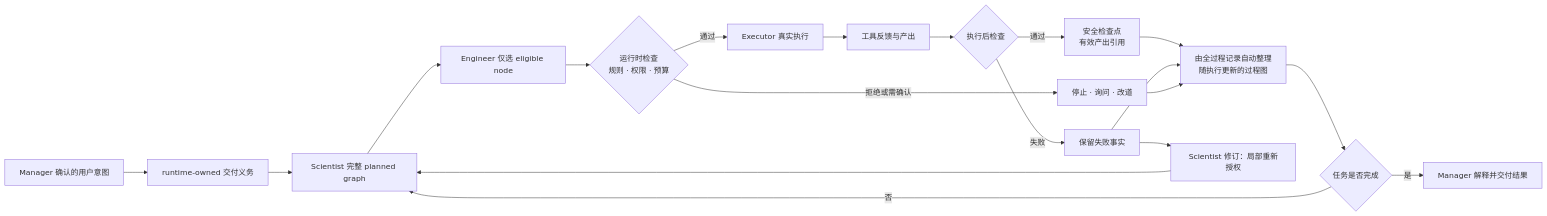
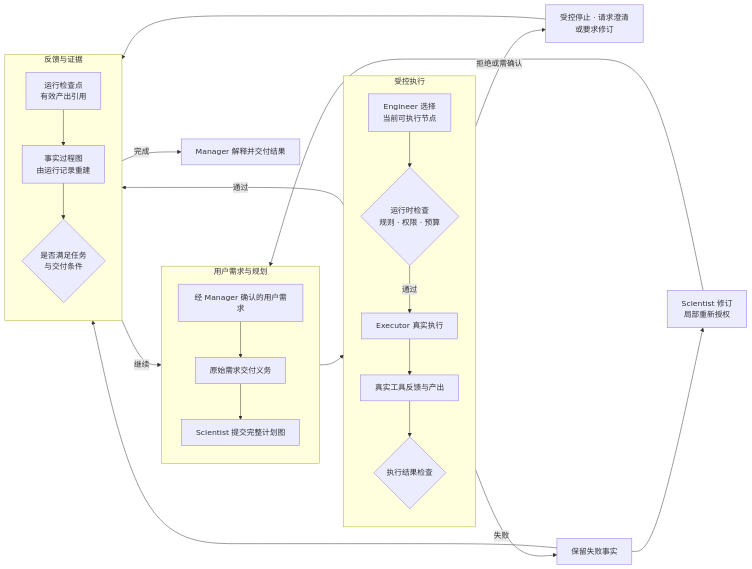
The third of 3 diagrams in docs/thesis/ch1_evidence_system/module_continuity_map.md (zhelunSun/URSA), drawn with Mermaid before and after one commit. The commit also changed other lines of this file and 11 other files, not shown here.

Commit message:
docs(ch1): close v053 evidence and architecture package

````diff
--- a/docs/thesis/ch1_evidence_system/module_continuity_map.md
+++ b/docs/thesis/ch1_evidence_system/module_continuity_map.md
@@ -67,21 +104,30 @@
 ```mermaid
 flowchart LR
-    I["Manager 确认的用户意图"] --> OBL["runtime-owned 交付义务"]
-    OBL --> P["Scientist 完整 planned graph"]
-    P --> A["Engineer 仅选 eligible node"]
-    A --> C{"运行时检查<br/>规则 · 权限 · 预算"}
-    C -->|"通过"| X["Executor 真实执行"]
-    C -->|"拒绝或需确认"| Q["停止 · 询问 · 改道"]
-    X --> O["工具反馈与产出"]
-    O --> V{"执行后检查"}
-    V -->|"通过"| K["安全检查点<br/>有效产出引用"]
+    subgraph INTENT["用户需求与规划"]
+        direction TB
+        I["经 Manager 确认的用户需求"] --> OBL["原始需求交付义务"]
+        OBL --> P["Scientist 提交完整计划图"]
+    end
+    subgraph EXECUTION["受控执行"]
+        direction TB
+        A["Engineer 选择<br/>当前可执行节点"] --> C{"运行时检查<br/>规则 · 权限 · 预算"}
+        C -->|"通过"| X["Executor 真实执行"]
+        X --> O["真实工具反馈与产出"]
+        O --> V{"执行结果检查"}
+    end
+    subgraph EVIDENCE["反馈与证据"]
+        direction TB
+        K["运行检查点<br/>有效产出引用"] --> G["事实过程图<br/>由运行记录重建"]
+        G --> D{"是否满足任务<br/>与交付条件"}
+    end
+    P --> A
+    C -->|"拒绝或需确认"| Q["受控停止 · 请求澄清<br/>或要求修订"]
+    V -->|"通过"| K
     V -->|"失败"| F["保留失败事实"]
-    K --> G["由全过程记录自动整理<br/>随执行更新的过程图"]
     F --> G
     Q --> G
-    G --> D{"任务是否完成"}
-    D -->|"否"| P
-    D -->|"是"| M["Manager 解释并交付结果"]
-    F --> H["Scientist 修订：局部重新授权"]
+    F --> H["Scientist 修订<br/>局部重新授权"]
     H --> P
+    D -->|"继续"| P
+    D -->|"完成"| M["Manager 解释并交付结果"]
 ```
````
